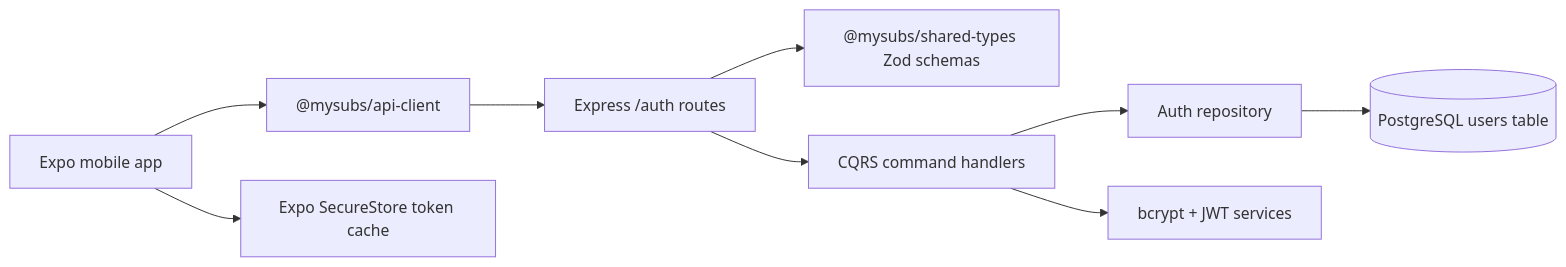
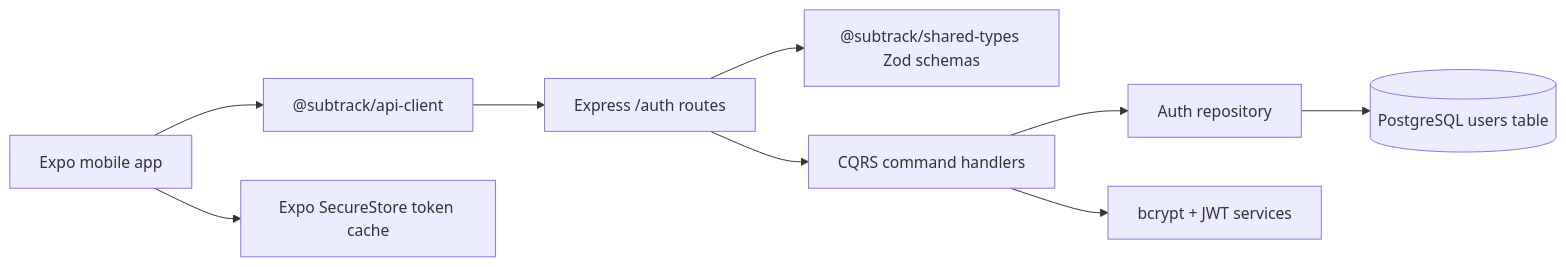
Before and after one commit to Davids89/mysubs: the first of 6 diagrams in docs/auth-flow.md, drawn with Mermaid. The commit also changed other lines of this file and 44 other files, not shown here.

````diff
--- a/docs/auth-flow.md
+++ b/docs/auth-flow.md
@@ -15,11 +15,11 @@
 ```mermaid
 flowchart LR
-  Mobile[Expo mobile app] --> ApiClient["@mysubs/api-client"]
+  Mobile[Expo mobile app] --> ApiClient["@subtrack/api-client"]
   ApiClient --> Backend["Express /auth routes"]
-  Backend --> Shared["@mysubs/shared-types Zod schemas"]
+  Backend --> Shared["@subtrack/shared-types Zod schemas"]
   Backend --> Handler["CQRS command handlers"]
   Handler --> Repo["Auth repository"]
   Handler --> Security["bcrypt + JWT services"]
   Repo --> DB[(PostgreSQL users table)]
   Mobile --> SecureStore["Expo SecureStore token cache"]
 ```
````
